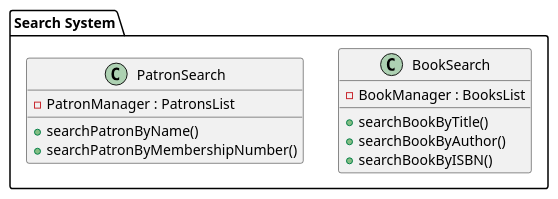
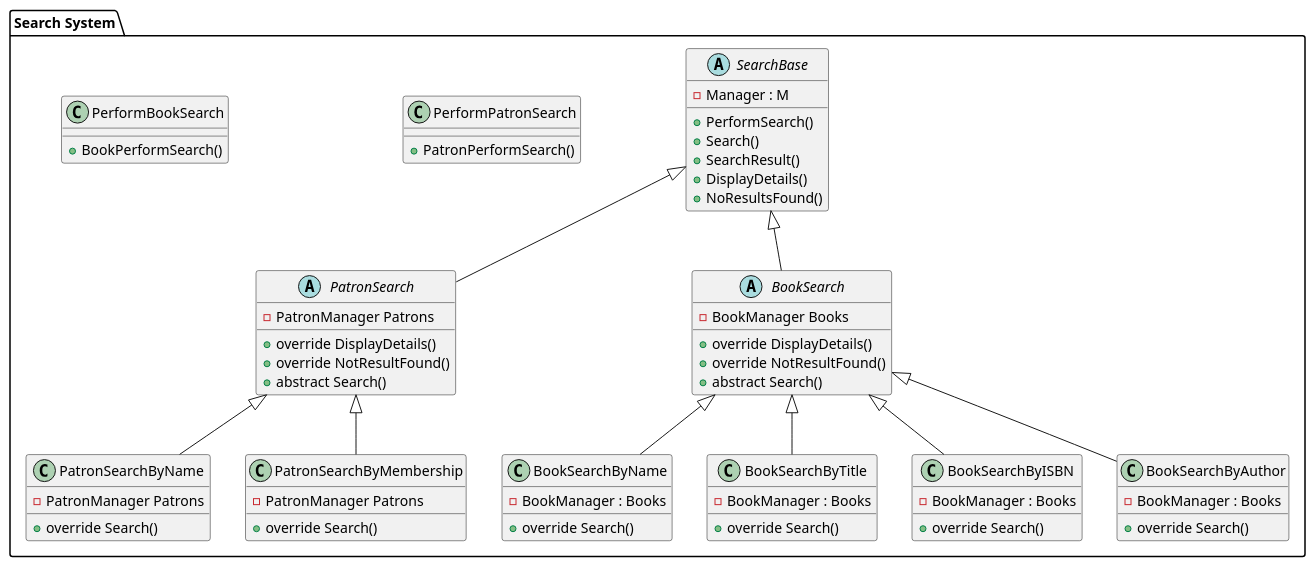
One commit to programacion-6/Opcion1CanelitaTeam changed the diagram in UML-Diagram/SearchSystem.puml. Above: the diagram before and after it, drawn with PlantUML. The commit also changed 2 other files, not shown here.

Commit message:
feat: searchsystem uml refactor

```diff
--- a/UML-Diagram/SearchSystem.puml
+++ b/UML-Diagram/SearchSystem.puml
@@ -1,18 +1,70 @@
 @startuml SearchSystem
 package "Search System" {
+
+    ' Define abstract classes
+
+    abstract class SearchBase {
+
+        - Manager : M
+        + PerformSearch()
+        + Search()
+        + SearchResult()
+        + DisplayDetails()
+        + NoResultsFound()
+
+    }
+
+    abstract class PatronSearch extends SearchBase {
+        - PatronManager Patrons
+        + override DisplayDetails()
+        + override NotResultFound()
+        + abstract Search()
+    }
+
+    abstract class BookSearch extends SearchBase {
+        - BookManager Books
+        + override DisplayDetails()
+        + override NotResultFound()
+        + abstract Search()
+    }
     
     ' Define main classes
-    class BookSearch {
-        - BookManager : BooksList
-        + searchBookByTitle()
-        + searchBookByAuthor()
-        + searchBookByISBN()
+    class PatronSearchByName extends PatronSearch{
+        - PatronManager Patrons
+        + override Search()
     }
 
-    class PatronSearch {
-        - PatronManager : PatronsList
-        + searchPatronByName()
-        + searchPatronByMembershipNumber()
+    class PatronSearchByMembership extends PatronSearch{
+        - PatronManager Patrons
+        + override Search()
+    }
+
+    class BookSearchByName extends BookSearch {
+        - BookManager : Books
+        + override Search()
+    }
+
+    class BookSearchByTitle extends BookSearch {
+        - BookManager : Books
+        + override Search()
+    }
+
+    class BookSearchByISBN extends BookSearch {
+        - BookManager : Books
+        + override Search()
+    }
+    
+    class BookSearchByAuthor extends BookSearch {
+        - BookManager : Books
+        + override Search()
+    }
+
+    class PerformPatronSearch {
+        + PatronPerformSearch() 
+    }
+
+     class PerformBookSearch {
+        + BookPerformSearch() 
     }
 }
 @enduml 
```
